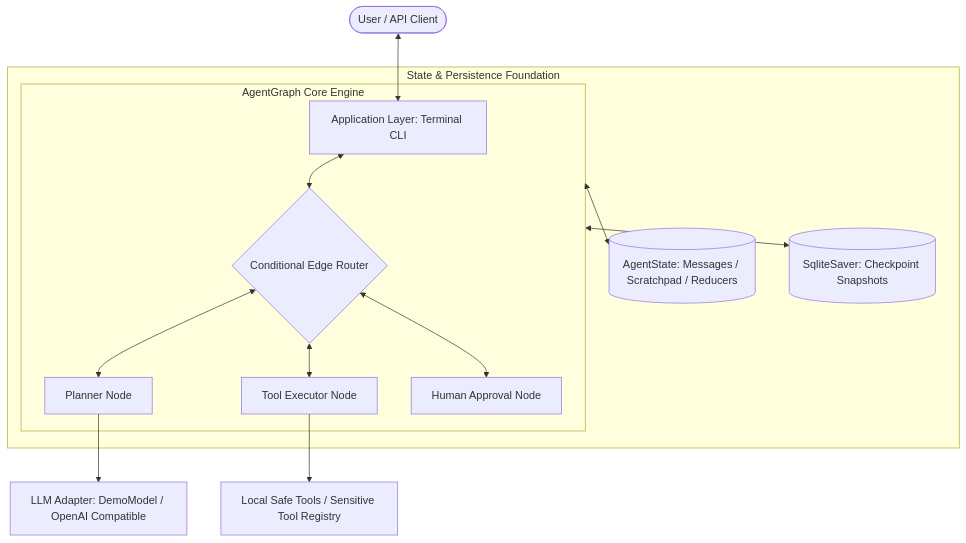
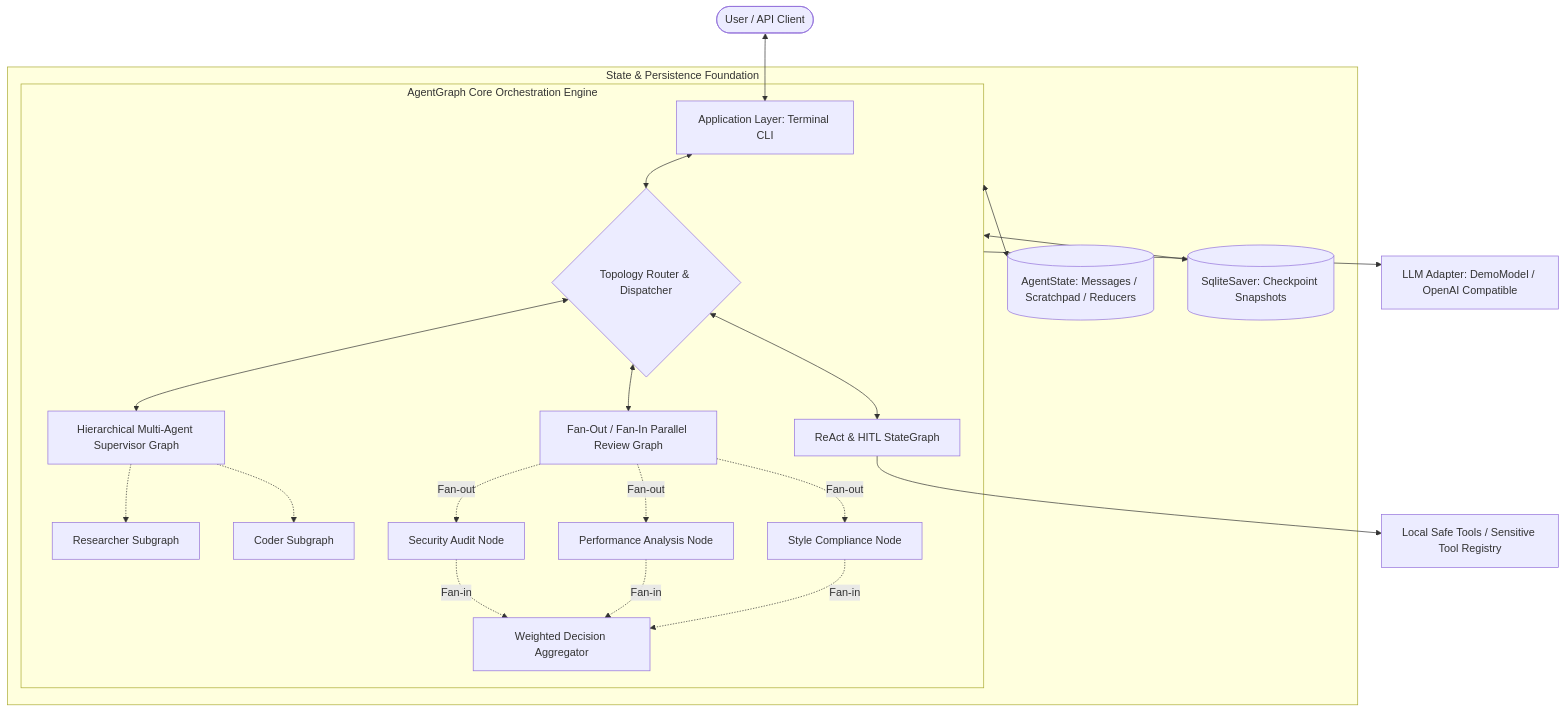
One commit to theGitForDalibor/AgentGraph changed the first of 2 diagrams in README.en.md. Above: the diagram before and after it, drawn with Mermaid. The commit also changed other lines of this file and 1 other file, not shown here.

Commit message:
fix: Update test status in README and enhance feature descriptions for hierarchical and parallel execution

````diff
--- a/README.en.md
+++ b/README.en.md
@@ -55,19 +61,27 @@
 ```mermaid
 flowchart TD
     User([User / API Client]) <--> App[Application Layer: Terminal CLI]
     
-    subgraph Engine["AgentGraph Core Engine"]
-        App <--> Router{Conditional Edge Router}
-        Router <--> Planner[Planner Node]
-        Router <--> Tool[Tool Executor Node]
-        Router <--> Approval[Human Approval Node]
+    subgraph Engine["AgentGraph Core Orchestration Engine"]
+        App <--> Router{Topology Router & Dispatcher}
+        Router <--> CoreGraph[ReAct & HITL StateGraph]
+        Router <--> HierarchicalGraph[Hierarchical Multi-Agent Supervisor Graph]
+        Router <--> ParallelGraph[Fan-Out / Fan-In Parallel Review Graph]
+        
+        HierarchicalGraph -.-> SubResearcher[Researcher Subgraph]
+        HierarchicalGraph -.-> SubCoder[Coder Subgraph]
+        
+        ParallelGraph -. Fan-out .-> SecNode[Security Audit Node]
+        ParallelGraph -. Fan-out .-> PerfNode[Performance Analysis Node]
+        ParallelGraph -. Fan-out .-> StyleNode[Style Compliance Node]
+        SecNode & PerfNode & StyleNode -. Fan-in .-> Aggregator[Weighted Decision Aggregator]
     end
 
     subgraph StateManagement["State & Persistence Foundation"]
         Engine <--> State[(AgentState: Messages / Scratchpad / Reducers)]
         Engine <--> Checkpointer[(SqliteSaver: Checkpoint Snapshots)]
     end
 
-    Tool --> ExtTools[Local Safe Tools / Sensitive Tool Registry]
-    Planner --> ModelAdapter[LLM Adapter: DemoModel / OpenAI Compatible]
+    CoreGraph --> ExtTools[Local Safe Tools / Sensitive Tool Registry]
+    Engine --> ModelAdapter[LLM Adapter: DemoModel / OpenAI Compatible]
 ```
````
